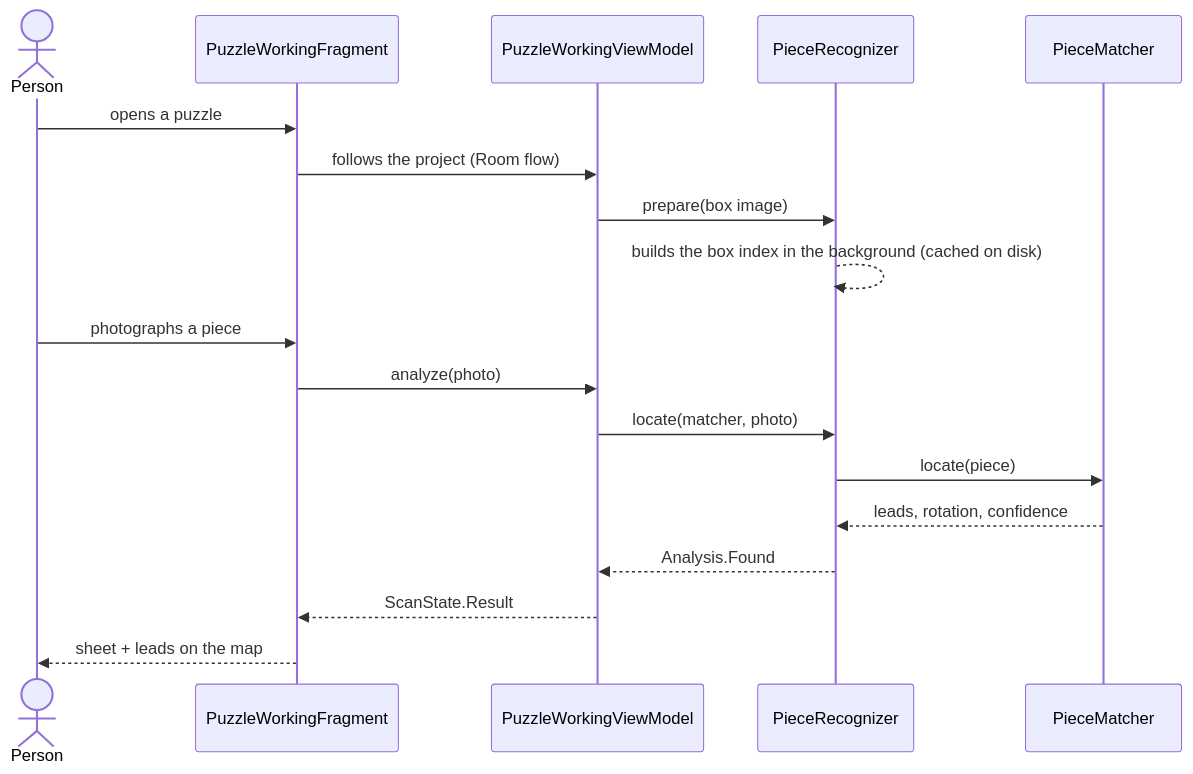
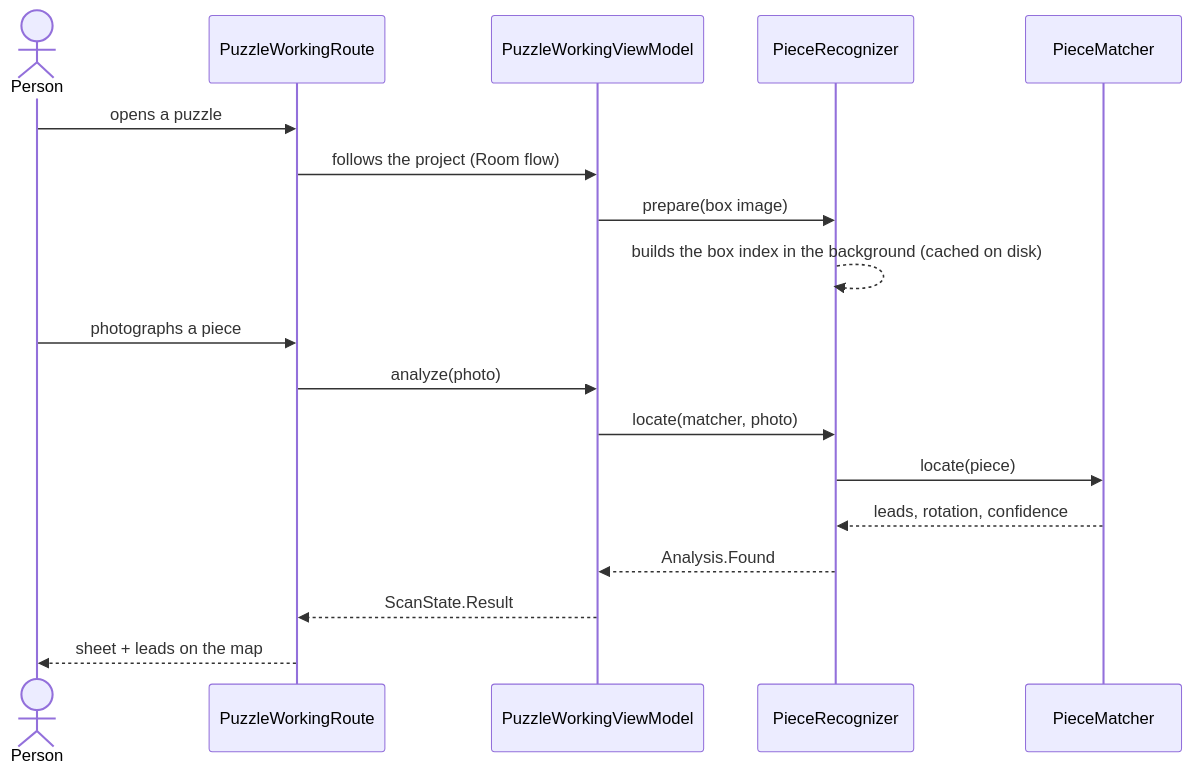
The third of 3 diagrams in README.md (LilyanLefevre/PuzzleIt), drawn with Mermaid before and after one commit. The commit also changed other lines of this file and 2 other files, not shown here.

````diff
--- a/README.md
+++ b/README.md
@@ -101,20 +101,20 @@
 ```mermaid
 sequenceDiagram
   actor U as Person
-  participant F as PuzzleWorkingFragment
+  participant F as PuzzleWorkingRoute
   participant VM as PuzzleWorkingViewModel
   participant R as PieceRecognizer
   participant M as PieceMatcher
   U->>F: opens a puzzle
   F->>VM: follows the project (Room flow)
   VM->>R: prepare(box image)
   R-->>R: builds the box index in the background (cached on disk)
   U->>F: photographs a piece
   F->>VM: analyze(photo)
   VM->>R: locate(matcher, photo)
   R->>M: locate(piece)
   M-->>R: leads, rotation, confidence
   R-->>VM: Analysis.Found
   VM-->>F: ScanState.Result
   F-->>U: sheet + leads on the map
 ```
````
